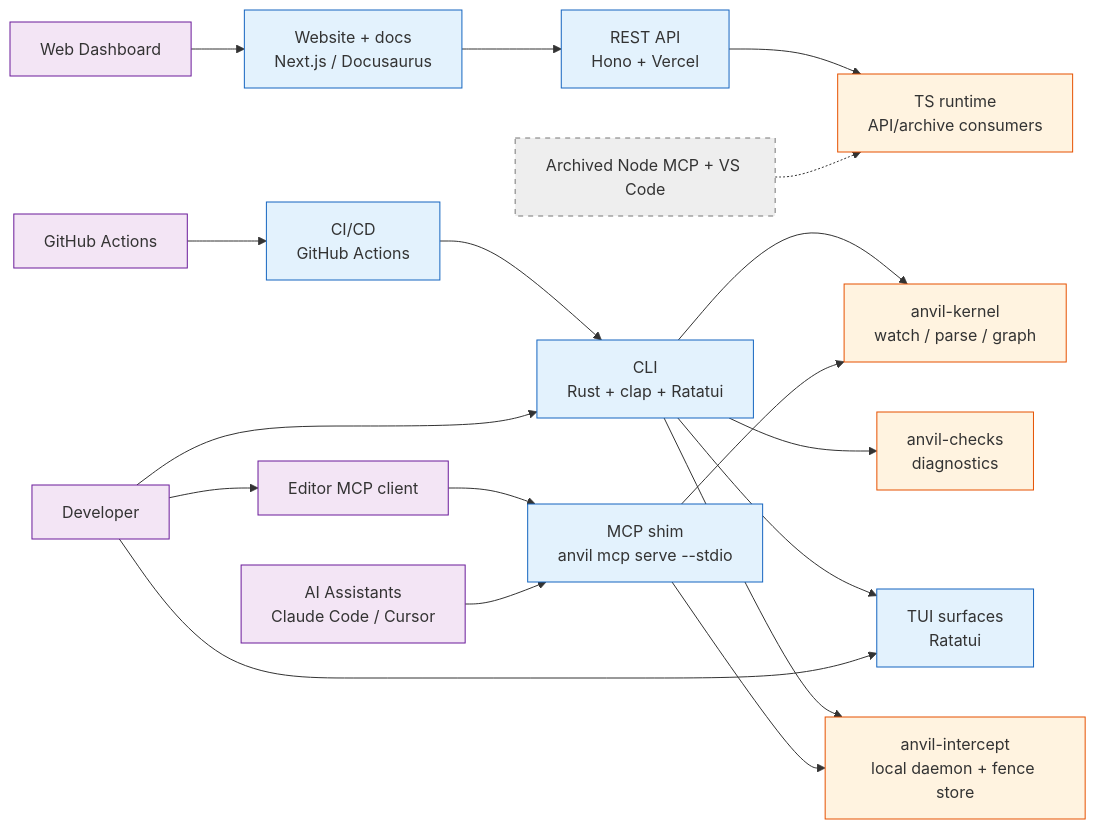
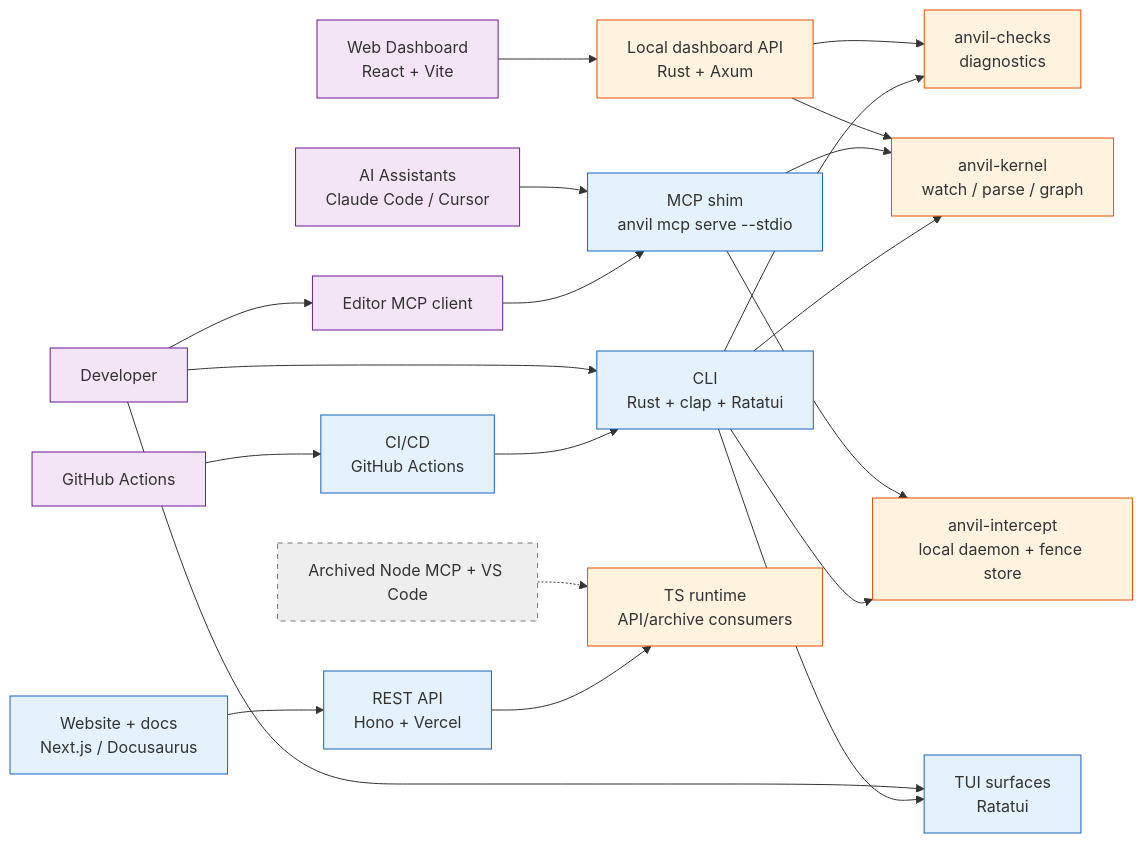
One commit to eddacraft/eddacraft-tui changed the fourth of 5 diagrams in docs/architecture/overview.md. Above: the diagram before and after it, drawn with Mermaid. The commit also changed other lines of this file and 5 other files, not shown here.

````diff
--- a/docs/architecture/overview.md
+++ b/docs/architecture/overview.md
@@ -327,51 +331,54 @@
 ```mermaid
 graph LR
     kernel["anvil-kernel<br/>watch / parse / graph"]
     checks["anvil-checks<br/>diagnostics"]
     intercept["anvil-intercept<br/>local daemon + fence store"]
 
     cli["CLI<br/>Rust + clap + Ratatui"]
     tui["TUI surfaces<br/>Ratatui"]
     mcp["MCP shim<br/>anvil mcp serve --stdio"]
     api["REST API<br/>Hono + Vercel"]
+    dashboard_server["Local dashboard API<br/>Rust + Axum"]
     cicd["CI/CD<br/>GitHub Actions"]
+    dashboard["Web Dashboard<br/>React + Vite"]
     website["Website + docs<br/>Next.js / Docusaurus"]
     legacy["Archived Node MCP + VS Code"]
 
     cli --> kernel
     cli --> checks
     cli --> tui
     cli --> intercept
     mcp --> intercept
     mcp --> kernel
+    dashboard --> dashboard_server
+    dashboard_server --> kernel
+    dashboard_server --> checks
     api --> runtime
     website --> api
     cicd --> cli
     legacy -.-> runtime
 
     runtime["TS runtime<br/>API/archive consumers"]
 
-    dashboard["Web Dashboard"]
     ai["AI Assistants<br/>Claude Code / Cursor"]
     editor["Editor MCP client"]
     developer["Developer"]
     pipeline["GitHub Actions"]
 
     developer --> cli
     developer --> tui
     developer --> editor
     editor --> mcp
     ai --> mcp
-    dashboard --> website
     pipeline --> cicd
 
     classDef surface fill:#e3f2fd,stroke:#1565c0
     classDef runtime fill:#fff3e0,stroke:#e65100
     classDef consumer fill:#f3e5f5,stroke:#6a1b9a
     classDef archive fill:#eeeeee,stroke:#777,stroke-dasharray: 5 5
 
-    class cli,tui,mcp,api,cicd,website surface
-    class kernel,checks,intercept,runtime runtime
+    class cli,tui,mcp,api,cicd,dashboard,website surface
+    class kernel,checks,intercept,dashboard_server,runtime runtime
     class dashboard,ai,editor,developer,pipeline consumer
     class legacy archive
 ```
````
